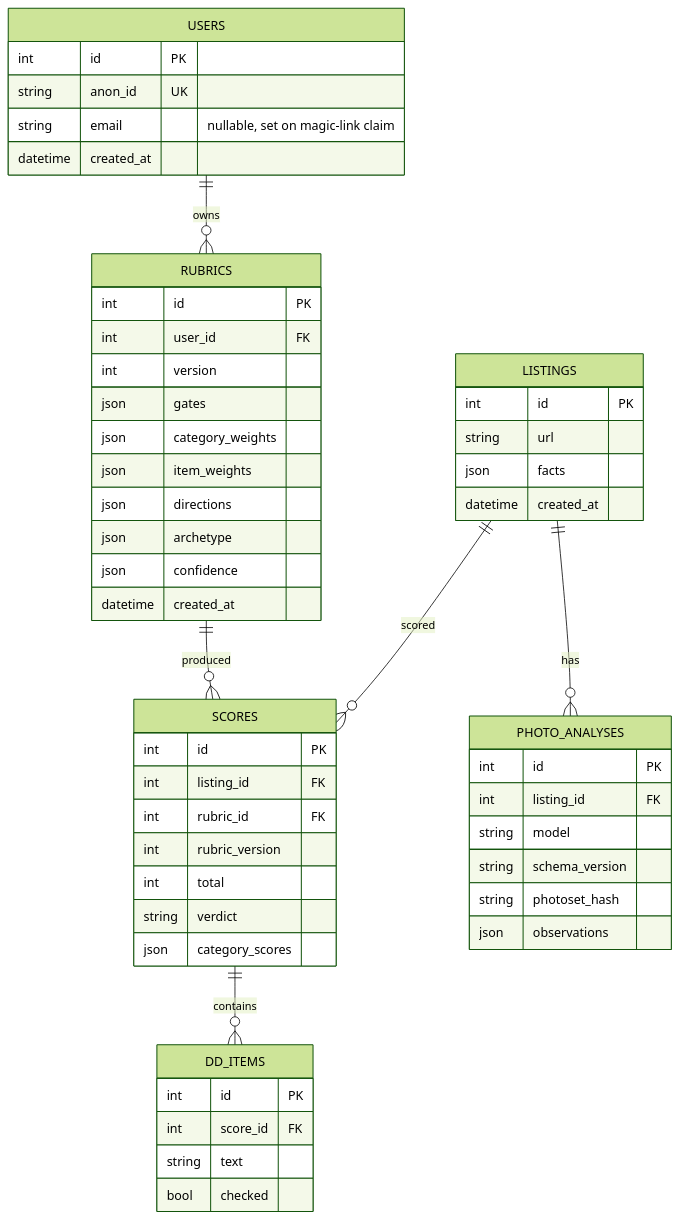
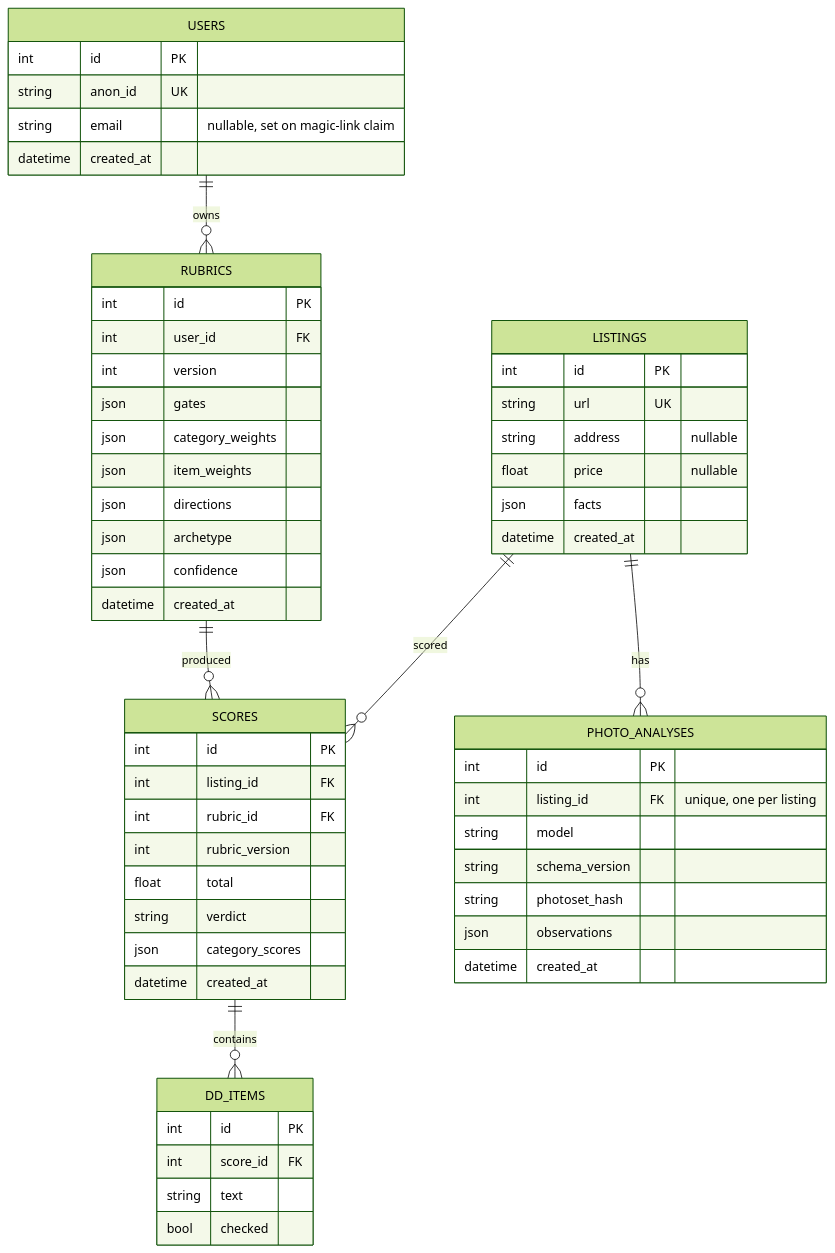
Before and after one commit to hartc17/home-score-app: the sixth of 7 diagrams in docs/architecture.md, drawn with Mermaid (forest theme). The commit also changed other lines of this file and 22 other files, not shown here.

````diff
--- a/docs/architecture.md
+++ b/docs/architecture.md
@@ -205,56 +209,60 @@
 ```mermaid
 erDiagram
   USERS ||--o{ RUBRICS : owns
   RUBRICS ||--o{ SCORES : produced
   LISTINGS ||--o{ PHOTO_ANALYSES : has
   LISTINGS ||--o{ SCORES : scored
   SCORES ||--o{ DD_ITEMS : contains
 
   USERS {
     int id PK
     string anon_id UK
     string email "nullable, set on magic-link claim"
     datetime created_at
   }
   RUBRICS {
     int id PK
     int user_id FK
     int version
     json gates
     json category_weights
     json item_weights
     json directions
     json archetype
     json confidence
     datetime created_at
   }
   LISTINGS {
     int id PK
-    string url
+    string url UK
+    string address "nullable"
+    float price "nullable"
     json facts
     datetime created_at
   }
   PHOTO_ANALYSES {
     int id PK
-    int listing_id FK
+    int listing_id FK "unique, one per listing"
     string model
     string schema_version
     string photoset_hash
     json observations
+    datetime created_at
   }
   SCORES {
     int id PK
     int listing_id FK
     int rubric_id FK
     int rubric_version
-    int total
+    float total
     string verdict
     json category_scores
+    datetime created_at
   }
   DD_ITEMS {
     int id PK
     int score_id FK
     string text
     bool checked
   }
 ```
````
